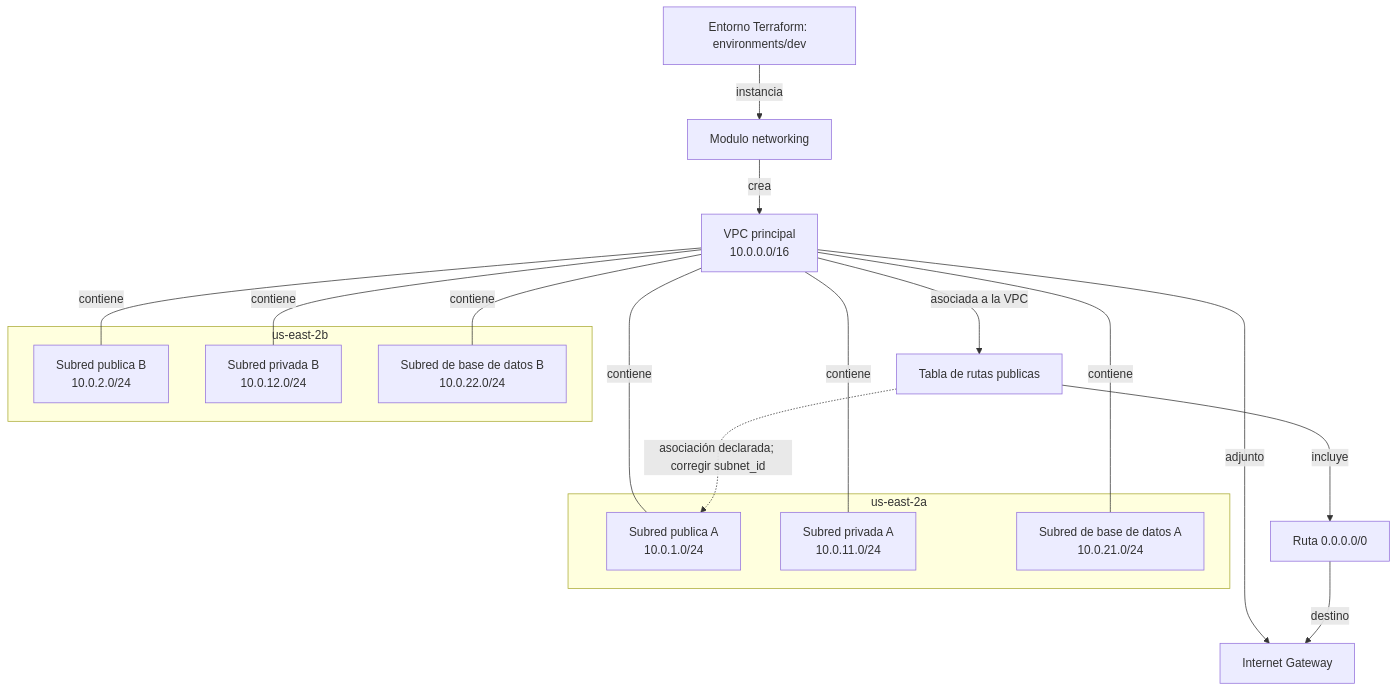
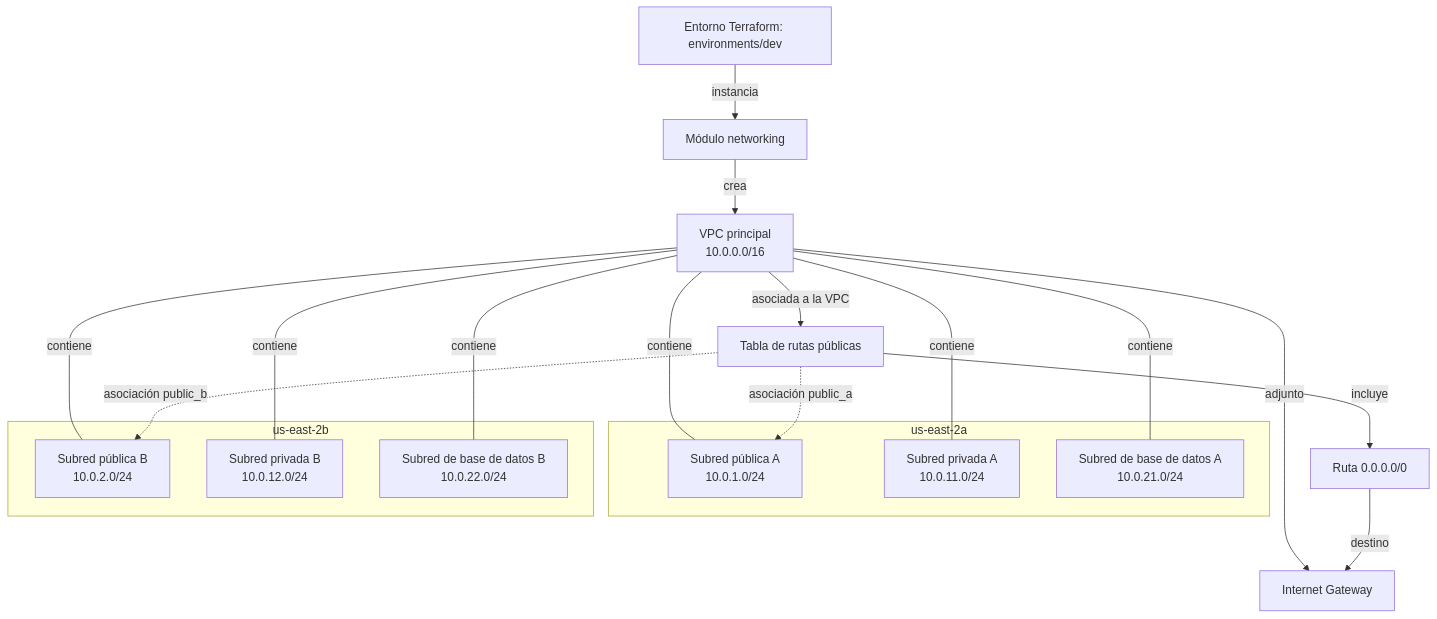
The second of 2 diagrams in doc/README.md (STRADIVARIUS590/AWS-Infrastructure-Platform), drawn with Mermaid before and after one commit. The commit also changed other lines of this file and 1 other file, not shown here.

Commit message:
feat(networking): associate public subnet B with public route table

````diff
--- a/doc/README.md
+++ b/doc/README.md
@@ -51,35 +51,36 @@
 ```mermaid
 flowchart TB
     Dev["Entorno Terraform: environments/dev"]
-    Module["Modulo networking"]
+    Module["Módulo networking"]
     VPC["VPC principal<br/>10.0.0.0/16"]
     IGW["Internet Gateway"]
-    PublicRT["Tabla de rutas publicas"]
+    PublicRT["Tabla de rutas públicas"]
     DefaultRoute["Ruta 0.0.0.0/0"]
 
     subgraph AZA["us-east-2a"]
-        PubA["Subred publica A<br/>10.0.1.0/24"]
+        PubA["Subred pública A<br/>10.0.1.0/24"]
         PrivA["Subred privada A<br/>10.0.11.0/24"]
         DBA["Subred de base de datos A<br/>10.0.21.0/24"]
     end
 
     subgraph AZB["us-east-2b"]
-        PubB["Subred publica B<br/>10.0.2.0/24"]
+        PubB["Subred pública B<br/>10.0.2.0/24"]
         PrivB["Subred privada B<br/>10.0.12.0/24"]
         DBB["Subred de base de datos B<br/>10.0.22.0/24"]
     end
 
     Dev -->|"instancia"| Module
     Module -->|"crea"| VPC
     VPC ---|"contiene"| PubA
     VPC ---|"contiene"| PubB
     VPC ---|"contiene"| PrivA
     VPC ---|"contiene"| PrivB
     VPC ---|"contiene"| DBA
     VPC ---|"contiene"| DBB
     VPC -->|"adjunto"| IGW
     VPC -->|"asociada a la VPC"| PublicRT
     PublicRT -->|"incluye"| DefaultRoute
     DefaultRoute -->|"destino"| IGW
-    PublicRT -.->|"asociación declarada; corregir subnet_id"| PubA
+    PublicRT -.->|"asociación public_a"| PubA
+    PublicRT -.->|"asociación public_b"| PubB
 ```
````
